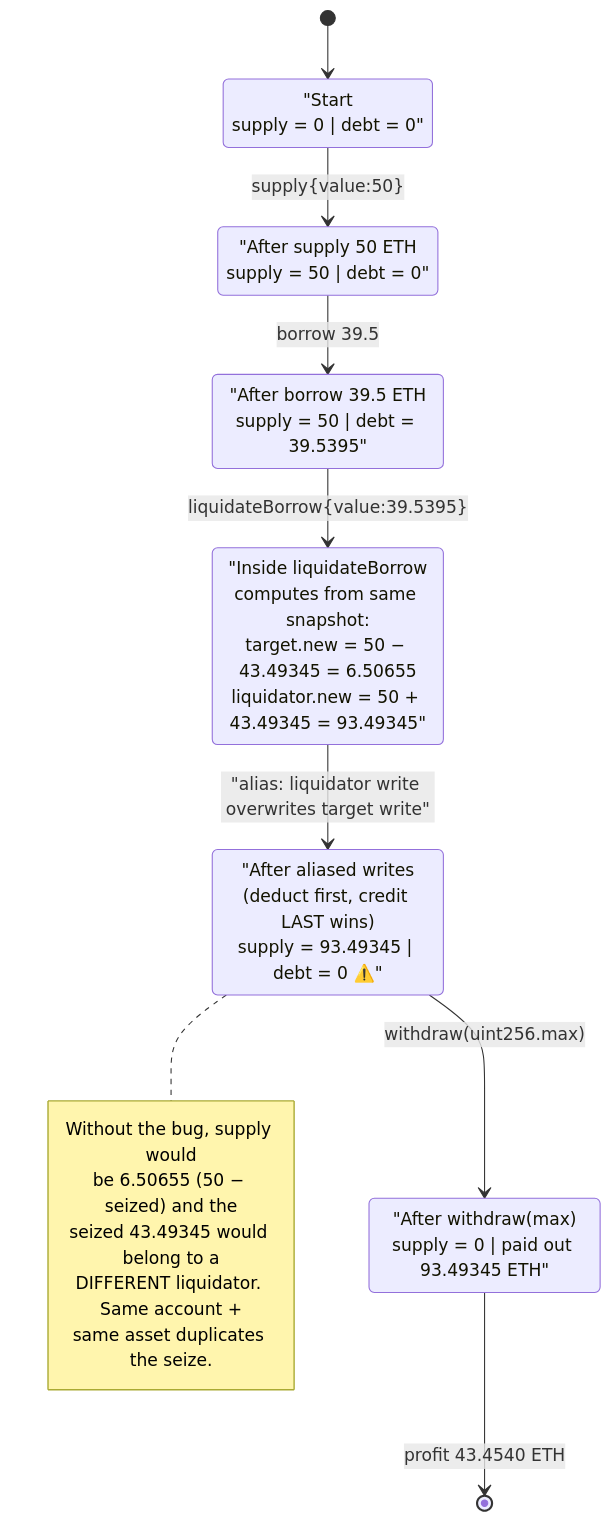
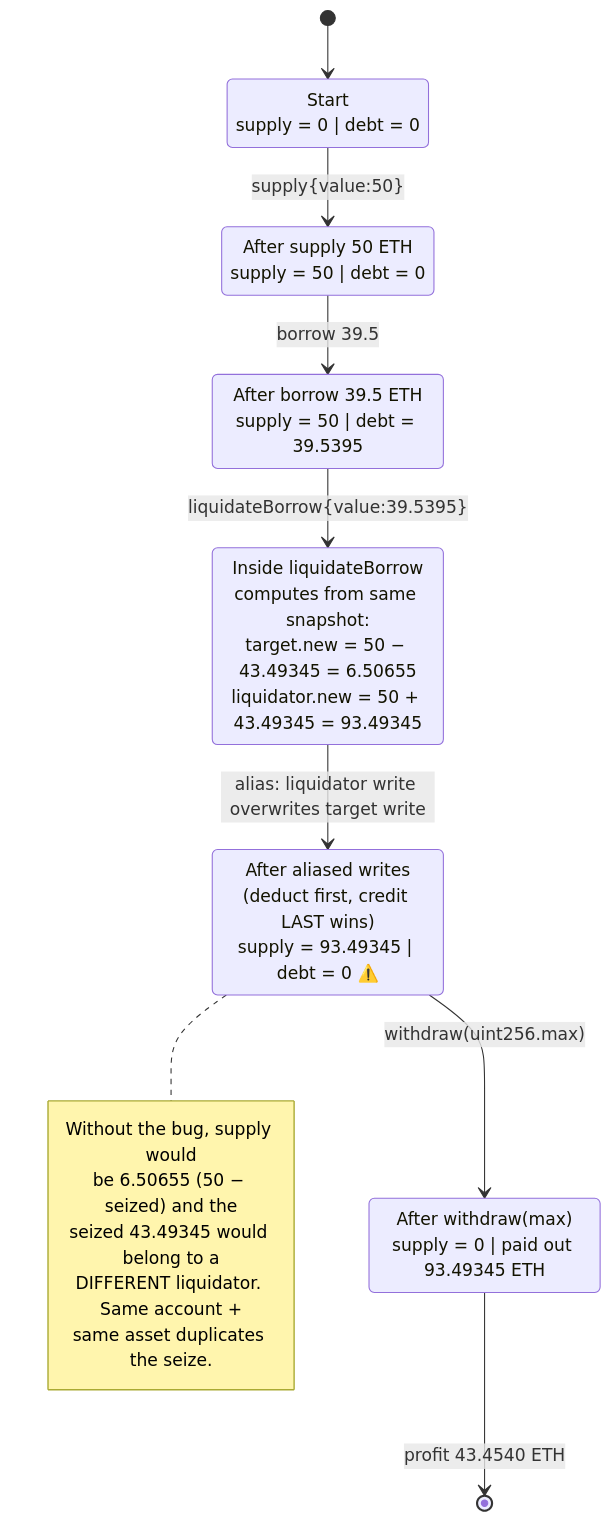
The second of 3 diagrams in 2026-03-AlkemiEarn_exp/AlkemiEarn_exp.md (sanbir/evm-hack-registry), drawn with Mermaid before and after one commit. The commit also changed 280 other files, not shown here.

Commit message:
mermaid fixes

````diff
--- a/2026-03-AlkemiEarn_exp/AlkemiEarn_exp.md
+++ b/2026-03-AlkemiEarn_exp/AlkemiEarn_exp.md
@@ -279,25 +279,25 @@
 ```mermaid
 stateDiagram-v2
     [*] --> S0
-    S0: "Start<br/>supply = 0 | debt = 0"
-    S1: "After supply 50 ETH<br/>supply = 50 | debt = 0"
-    S2: "After borrow 39.5 ETH<br/>supply = 50 | debt = 39.5395"
-    S3: "Inside liquidateBorrow<br/>computes from same snapshot:<br/>target.new = 50 − 43.49345 = 6.50655<br/>liquidator.new = 50 + 43.49345 = 93.49345"
-    S4: "After aliased writes<br/>(deduct first, credit LAST wins)<br/>supply = 93.49345 | debt = 0 ⚠️"
-    S5: "After withdraw(max)<br/>supply = 0 | paid out 93.49345 ETH"
+    S0: Start<br/>supply = 0 | debt = 0
+    S1: After supply 50 ETH<br/>supply = 50 | debt = 0
+    S2: After borrow 39.5 ETH<br/>supply = 50 | debt = 39.5395
+    S3: Inside liquidateBorrow<br/>computes from same snapshot#58;<br/>target.new = 50 − 43.49345 = 6.50655<br/>liquidator.new = 50 + 43.49345 = 93.49345
+    S4: After aliased writes<br/>(deduct first, credit LAST wins)<br/>supply = 93.49345 | debt = 0 ⚠️
+    S5: After withdraw(max)<br/>supply = 0 | paid out 93.49345 ETH
 
-    S0 --> S1: supply{value:50}
+    S0 --> S1: supply{value#58;50}
     S1 --> S2: borrow 39.5
-    S2 --> S3: liquidateBorrow{value:39.5395}
-    S3 --> S4: "alias: liquidator write overwrites target write"
+    S2 --> S3: liquidateBorrow{value#58;39.5395}
+    S3 --> S4: alias#58; liquidator write overwrites target write
     S4 --> S5: withdraw(uint256.max)
     S5 --> [*]: profit 43.4540 ETH
 
     note right of S4
       Without the bug, supply would
       be 6.50655 (50 − seized) and the
       seized 43.49345 would belong to a
       DIFFERENT liquidator. Same account +
       same asset duplicates the seize.
     end note
 ```
````
